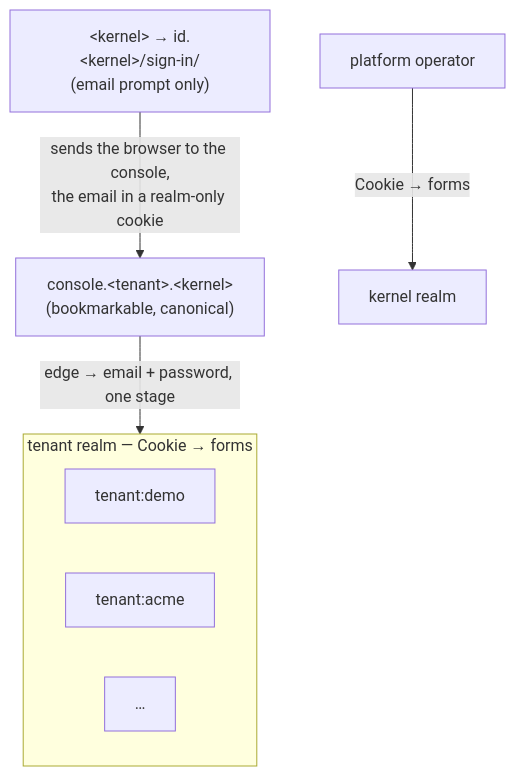
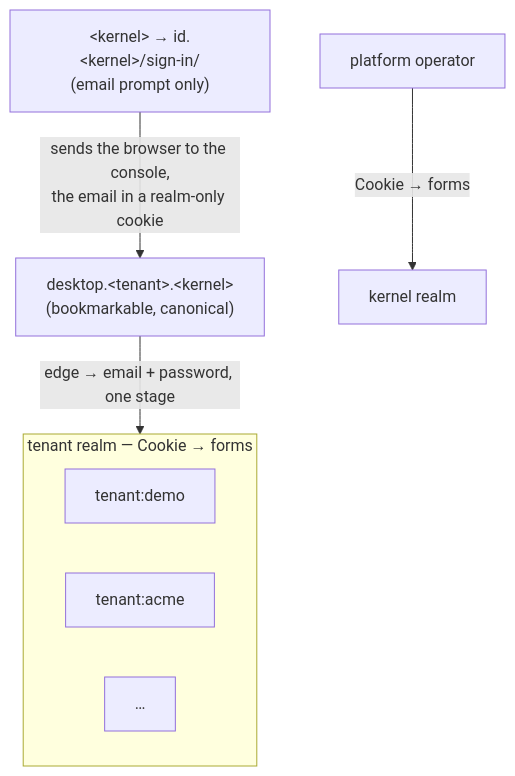
The first of 2 diagrams in docs/design/admin-console.md (gentian-org/gentian-os), drawn with Mermaid before and after one commit. The commit also changed other lines of this file and 47 other files, not shown here.

````diff
--- a/docs/design/admin-console.md
+++ b/docs/design/admin-console.md
@@ -93,17 +93,17 @@
 ```mermaid
 flowchart TD
-    TenantHost["console.&lt;tenant&gt;.&lt;kernel&gt;<br>(bookmarkable, canonical)"]
+    TenantHost["desktop.&lt;tenant&gt;.&lt;kernel&gt;<br>(bookmarkable, canonical)"]
     Apex["&lt;kernel&gt; → id.&lt;kernel&gt;/sign-in/<br>(email prompt only)"]
 
     TenantHost -->|"edge → email + password, one stage"| TenantRealm
     Apex -->|"sends the browser to the console,<br>the email in a realm-only cookie"| TenantHost
 
     subgraph TenantRealm ["tenant realm — Cookie → forms"]
         direction LR
         TenantDemo["tenant:demo"]
         TenantAcme["tenant:acme"]
         TenantOthers["…"]
     end
 
     Ops["platform operator"] -->|"Cookie → forms"| KernelRealm["kernel realm"]
 ```
````
